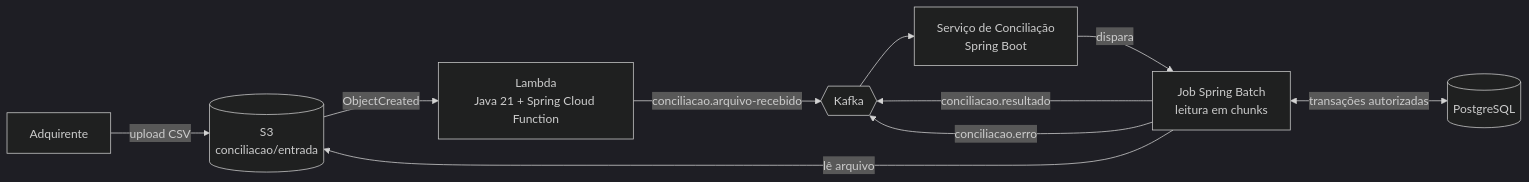
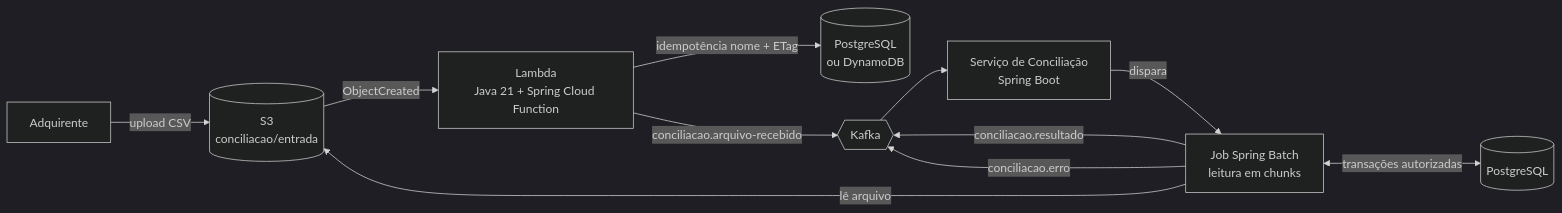
The diagram in README.md (douglascroti/conciliacao-cartoes-spring-kafka), drawn with Mermaid (dark theme) before and after one commit. The commit also changed other lines of this file and 16 other files, not shown here.

First line of the commit message:
Idempotência configurável: PostgreSQL ou DynamoDB

````diff
--- a/README.md
+++ b/README.md
@@ -49,12 +49,13 @@
 ```mermaid
 flowchart LR
     A[Adquirente] -->|upload CSV| S3[(S3<br/>conciliacao/entrada)]
     S3 -->|ObjectCreated| L[Lambda<br/>Java 21 + Spring Cloud Function]
+    L -->|idempotência nome + ETag| ID[(PostgreSQL<br/>ou DynamoDB)]
     L -->|conciliacao.arquivo-recebido| K{{Kafka}}
     K --> C[Serviço de Conciliação<br/>Spring Boot]
     C -->|dispara| B[Job Spring Batch<br/>leitura em chunks]
     B -->|lê arquivo| S3
     B <-->|transações autorizadas| DB[(PostgreSQL)]
     B -->|conciliacao.resultado| K
     B -->|conciliacao.erro| K
 ```
````
